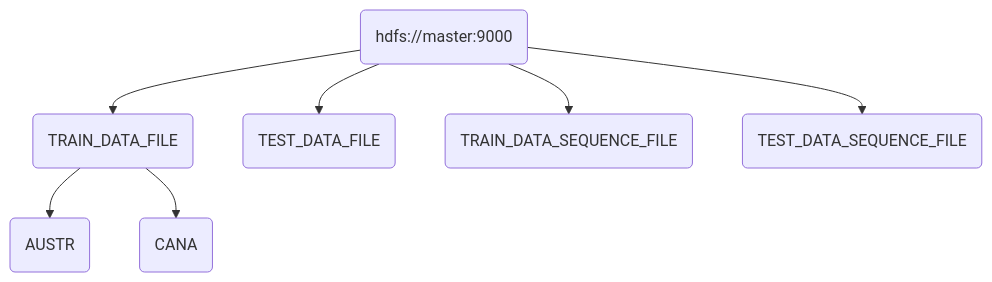
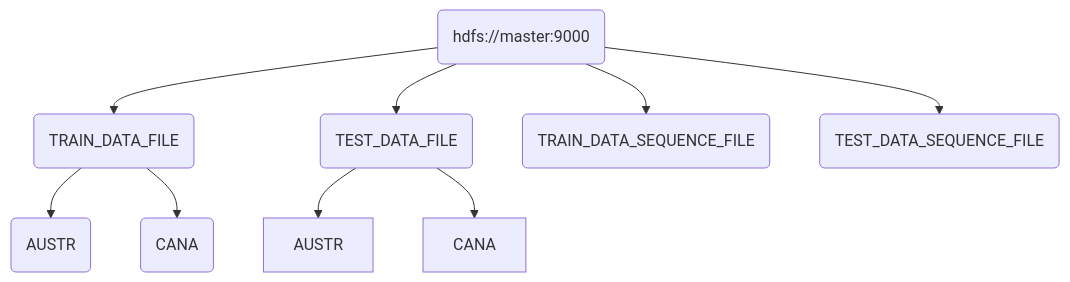
Before and after one commit to marsvillager/Bayes-MR: the third of 4 diagrams in logs.md, drawn with Mermaid. The commit also changed other lines of this file, not shown here.

````diff
--- a/logs.md
+++ b/logs.md
@@ -502,9 +528,11 @@
 ```mermaid
 flowchart TB
 	A(hdfs://master:9000) --> B(TRAIN_DATA_FILE)
 	B --> C(AUSTR)
 	B --> D(CANA)
 	A --> E(TEST_DATA_FILE)
+	E --> AUSTR
+	E --> CANA
 	A --> F(TRAIN_DATA_SEQUENCE_FILE)
 	A --> G(TEST_DATA_SEQUENCE_FILE)
 ```
````
